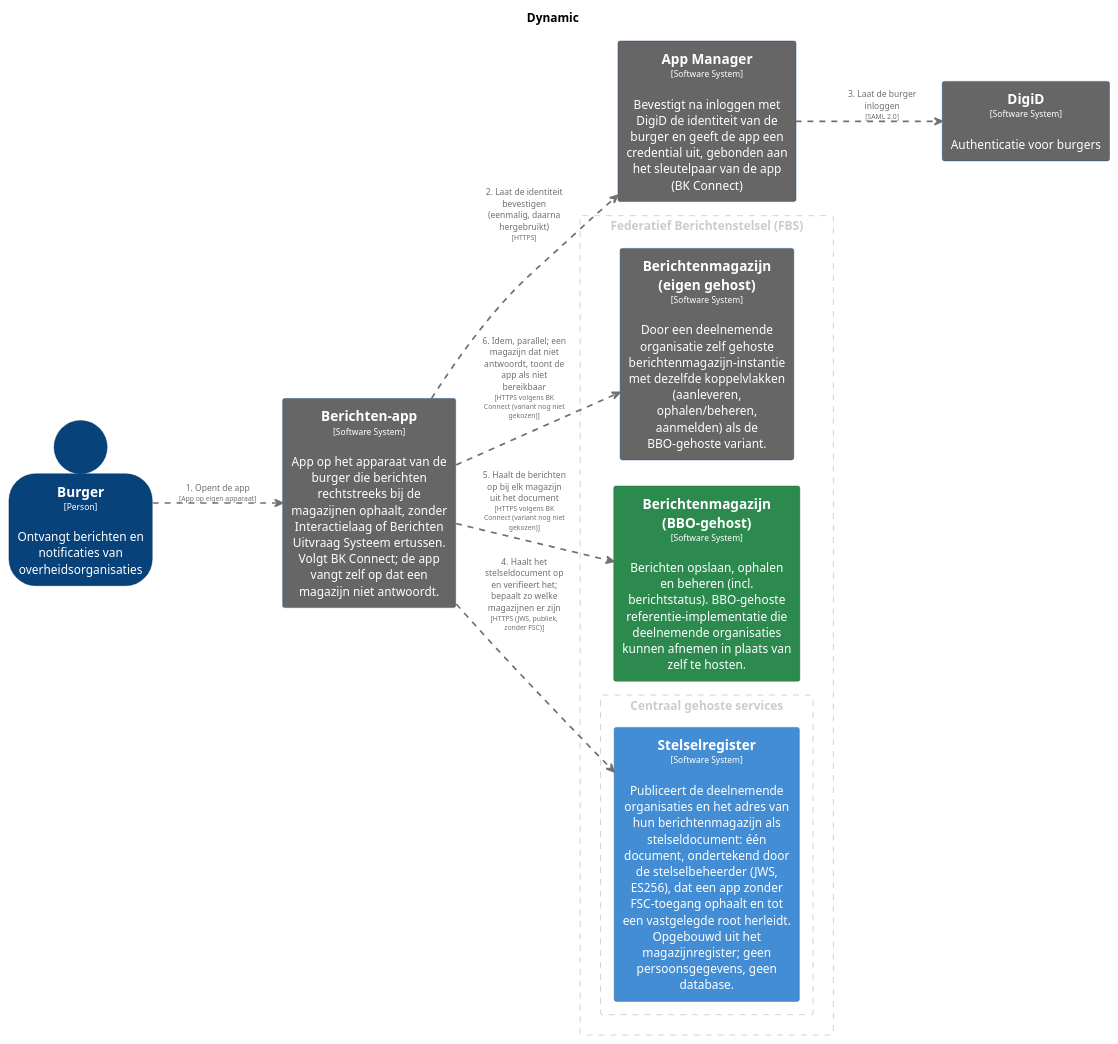
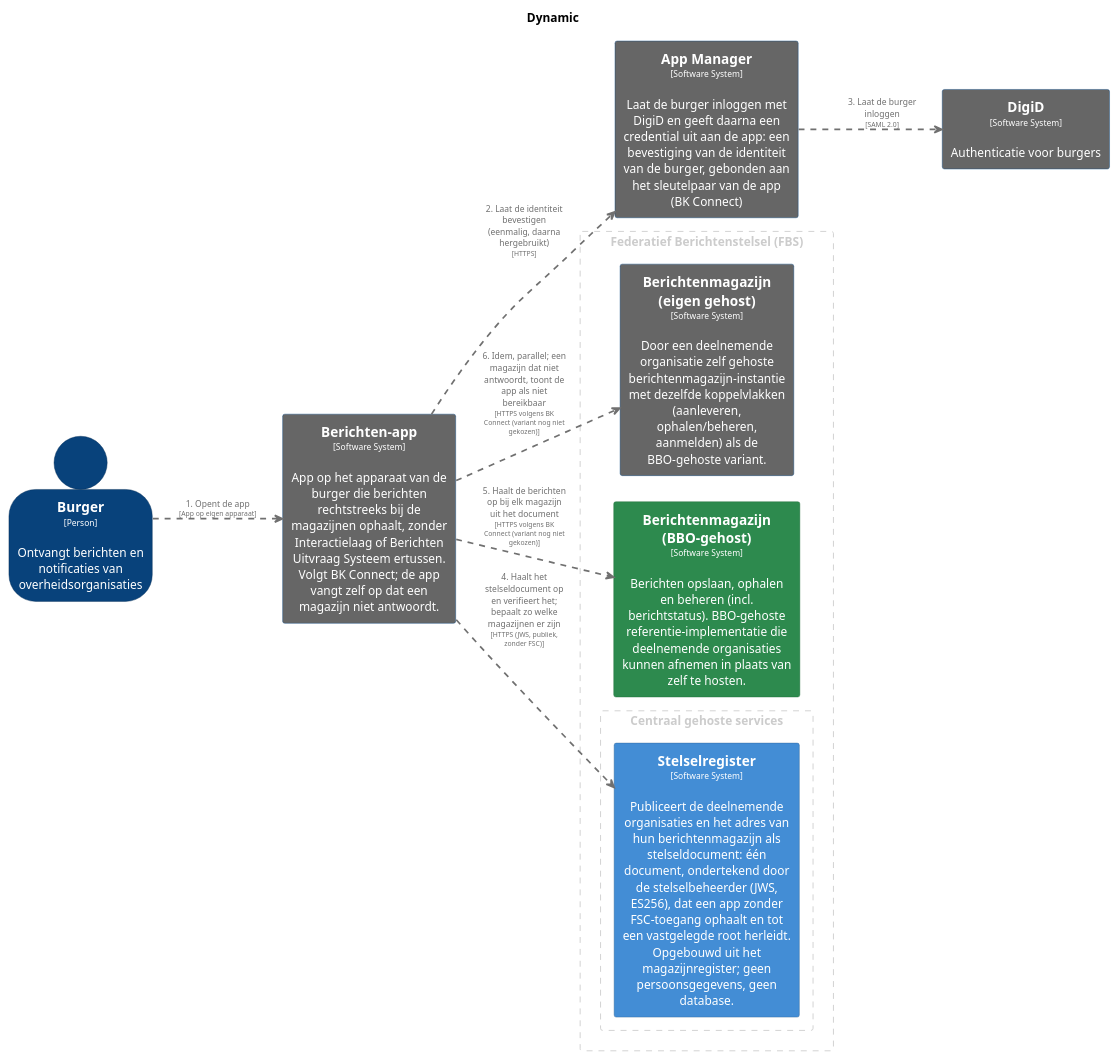
Before and after one commit to MinBZK/moza-poc-fbs-berichtenbox: the diagram in pr-preview/pr-361/master/puml/FbsVoorBurgersVerloop.puml, drawn with PlantUML. The commit also changed 13 other files, not shown here.

```diff
--- a/pr-preview/pr-361/master/puml/FbsVoorBurgersVerloop.puml
+++ b/pr-preview/pr-361/master/puml/FbsVoorBurgersVerloop.puml
@@ -1,88 +1,88 @@
 @startuml
 set separator none
 title Dynamic
 
 left to right direction
 skinparam ranksep 60
 skinparam nodesep 30
 
 skinparam {
   arrowFontSize 10
   defaultTextAlignment center
   wrapWidth 200
   maxMessageSize 100
 }
 
 hide stereotype
 
 skinparam rectangle<<AppManager>> {
   BackgroundColor #666666
   FontColor #ffffff
   BorderColor #0b4884
   shadowing false
 }
 skinparam rectangle<<Berichtenapp>> {
   BackgroundColor #666666
   FontColor #ffffff
   BorderColor #0b4884
   shadowing false
 }
 skinparam rectangle<<BerichtenmagazijnBBOgehost>> {
   BackgroundColor #2d8a4e
   FontColor #ffffff
   BorderColor #1e6b38
   shadowing false
 }
 skinparam rectangle<<Berichtenmagazijneigengehost>> {
   BackgroundColor #666666
   FontColor #ffffff
   BorderColor #0b4884
   shadowing false
 }
 skinparam person<<Burger>> {
   BackgroundColor #08427b
   FontColor #ffffff
   BorderColor #052e56
   shadowing false
 }
 skinparam rectangle<<DigiD>> {
   BackgroundColor #666666
   FontColor #ffffff
   BorderColor #0b4884
   shadowing false
 }
 skinparam rectangle<<Stelselregister>> {
   BackgroundColor #438dd5
   FontColor #ffffff
   BorderColor #2e6295
   shadowing false
 }
 
 rectangle "Federatief Berichtenstelsel (FBS)" <<group1>> as group1 {
   skinparam RectangleBorderColor<<group1>> #cccccc
   skinparam RectangleFontColor<<group1>> #cccccc
   skinparam RectangleBorderStyle<<group1>> dashed
 
   rectangle "==Berichtenmagazijn (eigen gehost)\n<size:10>[Software System]</size>\n\nDoor een deelnemende organisatie zelf gehoste berichtenmagazijn-instantie met dezelfde koppelvlakken (aanleveren, ophalen/beheren, aanmelden) als de BBO-gehoste variant." <<Berichtenmagazijneigengehost>> as Berichtenmagazijneigengehost
   rectangle "==Berichtenmagazijn (BBO-gehost)\n<size:10>[Software System]</size>\n\nBerichten opslaan, ophalen en beheren (incl. berichtstatus). BBO-gehoste referentie-implementatie die deelnemende organisaties kunnen afnemen in plaats van zelf te hosten." <<BerichtenmagazijnBBOgehost>> as BerichtenmagazijnBBOgehost
     rectangle "Centraal gehoste services" <<group2>> as group2 {
       skinparam RectangleBorderColor<<group2>> #cccccc
       skinparam RectangleFontColor<<group2>> #cccccc
       skinparam RectangleBorderStyle<<group2>> dashed
 
       rectangle "==Stelselregister\n<size:10>[Software System]</size>\n\nPubliceert de deelnemende organisaties en het adres van hun berichtenmagazijn als stelseldocument: één document, ondertekend door de stelselbeheerder (JWS, ES256), dat een app zonder FSC-toegang ophaalt en tot een vastgelegde root herleidt. Opgebouwd uit het magazijnregister; geen persoonsgegevens, geen database." <<Stelselregister>> as Stelselregister
     }
 
 }
 
 person "==Burger\n<size:10>[Person]</size>\n\nOntvangt berichten en notificaties van overheidsorganisaties" <<Burger>> as Burger
-rectangle "==App Manager\n<size:10>[Software System]</size>\n\nBevestigt na inloggen met DigiD de identiteit van de burger en geeft de app een credential uit, gebonden aan het sleutelpaar van de app (BK Connect)" <<AppManager>> as AppManager
+rectangle "==App Manager\n<size:10>[Software System]</size>\n\nLaat de burger inloggen met DigiD en geeft daarna een credential uit aan de app: een bevestiging van de identiteit van de burger, gebonden aan het sleutelpaar van de app (BK Connect)" <<AppManager>> as AppManager
 rectangle "==DigiD\n<size:10>[Software System]</size>\n\nAuthenticatie voor burgers" <<DigiD>> as DigiD
 rectangle "==Berichten-app\n<size:10>[Software System]</size>\n\nApp op het apparaat van de burger die berichten rechtstreeks bij de magazijnen ophaalt, zonder Interactielaag of Berichten Uitvraag Systeem ertussen. Volgt BK Connect; de app vangt zelf op dat een magazijn niet antwoordt." <<Berichtenapp>> as Berichtenapp
 Burger .[#707070,thickness=2].> Berichtenapp : "<color:#707070>1. Opent de app\n<color:#707070><size:8>[App op eigen apparaat]</size>"
 Berichtenapp .[#707070,thickness=2].> AppManager : "<color:#707070>2. Laat de identiteit bevestigen (eenmalig, daarna hergebruikt)\n<color:#707070><size:8>[HTTPS]</size>"
 AppManager .[#707070,thickness=2].> DigiD : "<color:#707070>3. Laat de burger inloggen\n<color:#707070><size:8>[SAML 2.0]</size>"
 Berichtenapp .[#707070,thickness=2].> Stelselregister : "<color:#707070>4. Haalt het stelseldocument op en verifieert het; bepaalt zo welke magazijnen er zijn\n<color:#707070><size:8>[HTTPS (JWS, publiek, zonder FSC)]</size>"
 Berichtenapp .[#707070,thickness=2].> BerichtenmagazijnBBOgehost : "<color:#707070>5. Haalt de berichten op bij elk magazijn uit het document\n<color:#707070><size:8>[HTTPS volgens BK Connect (variant nog niet gekozen)]</size>"
 Berichtenapp .[#707070,thickness=2].> Berichtenmagazijneigengehost : "<color:#707070>6. Idem, parallel; een magazijn dat niet antwoordt, toont de app als niet bereikbaar\n<color:#707070><size:8>[HTTPS volgens BK Connect (variant nog niet gekozen)]</size>"
 @enduml
```
